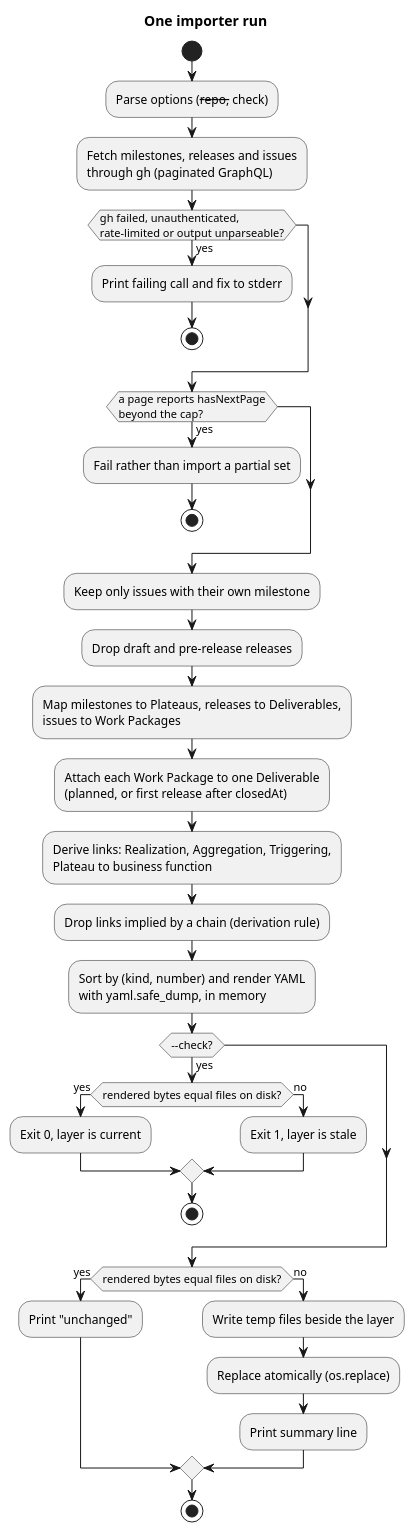
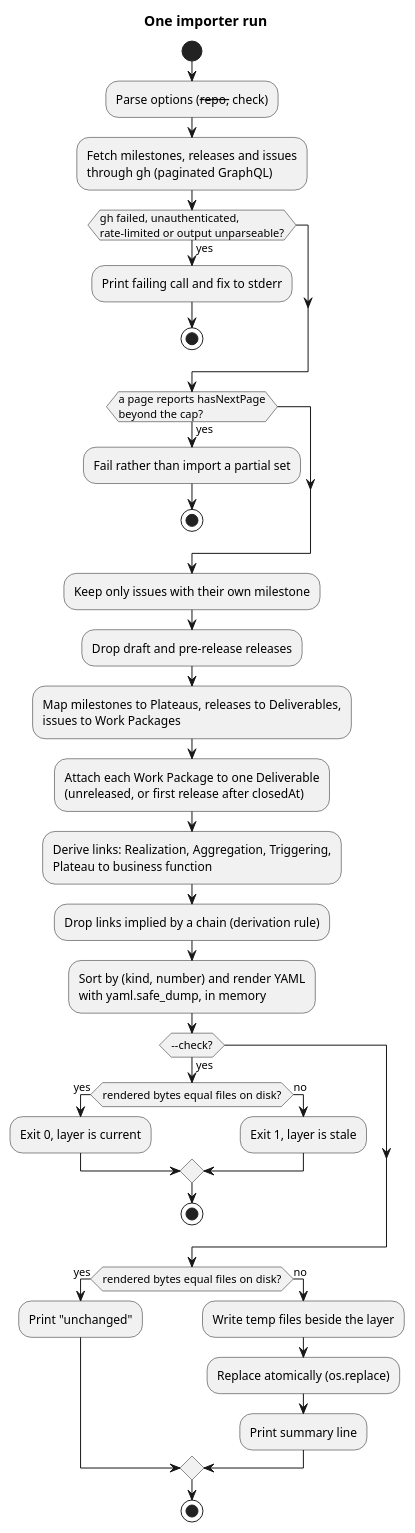
The second of 2 diagrams in specs/003-gh-roadmap-archimate/plan.md (wolffy-au/frictionless-architect), drawn with PlantUML before and after one commit. The commit also changed 18 other files, not shown here.

````diff
--- a/specs/003-gh-roadmap-archimate/plan.md
+++ b/specs/003-gh-roadmap-archimate/plan.md
@@ -139,39 +139,39 @@
 ```plantuml
 @startuml
 title One importer run
 start
 :Parse options (--repo, --check);
 :Fetch milestones, releases and issues\nthrough gh (paginated GraphQL);
 if (gh failed, unauthenticated,\nrate-limited or output unparseable?) then (yes)
   :Print failing call and fix to stderr;
   stop
 endif
 if (a page reports hasNextPage\nbeyond the cap?) then (yes)
   :Fail rather than import a partial set;
   stop
 endif
 :Keep only issues with their own milestone;
 :Drop draft and pre-release releases;
 :Map milestones to Plateaus, releases to Deliverables,\nissues to Work Packages;
-:Attach each Work Package to one Deliverable\n(planned, or first release after closedAt);
+:Attach each Work Package to one Deliverable\n(unreleased, or first release after closedAt);
 :Derive links: Realization, Aggregation, Triggering,\nPlateau to business function;
 :Drop links implied by a chain (derivation rule);
 :Sort by (kind, number) and render YAML\nwith yaml.safe_dump, in memory;
 if (--check?) then (yes)
   if (rendered bytes equal files on disk?) then (yes)
     :Exit 0, layer is current;
   else (no)
     :Exit 1, layer is stale;
   endif
   stop
 endif
 if (rendered bytes equal files on disk?) then (yes)
   :Print "unchanged";
 else (no)
   :Write temp files beside the layer;
   :Replace atomically (os.replace);
   :Print summary line;
 endif
 stop
 @enduml
 ```
````
